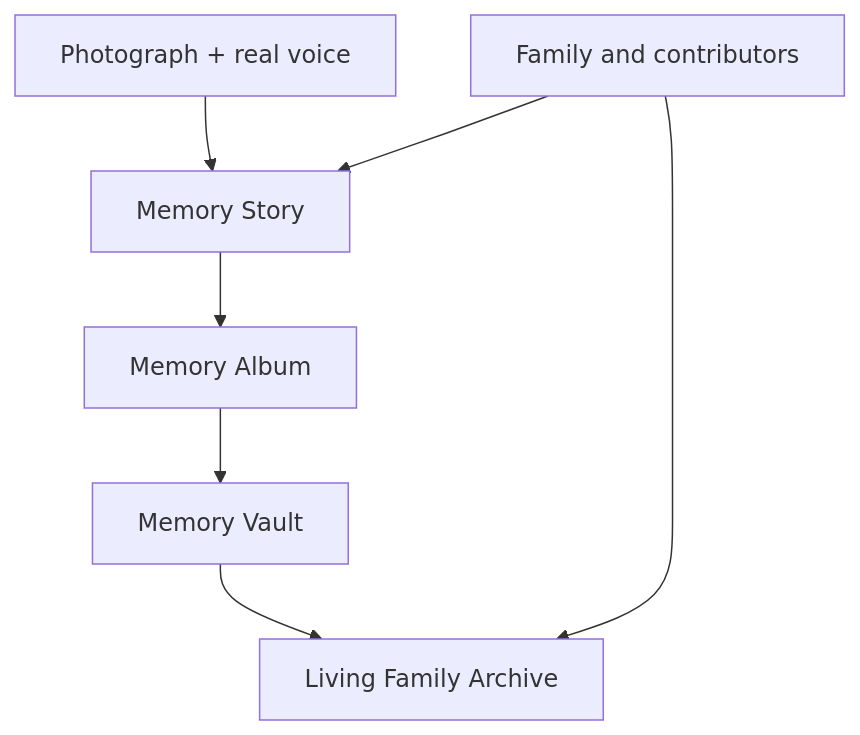
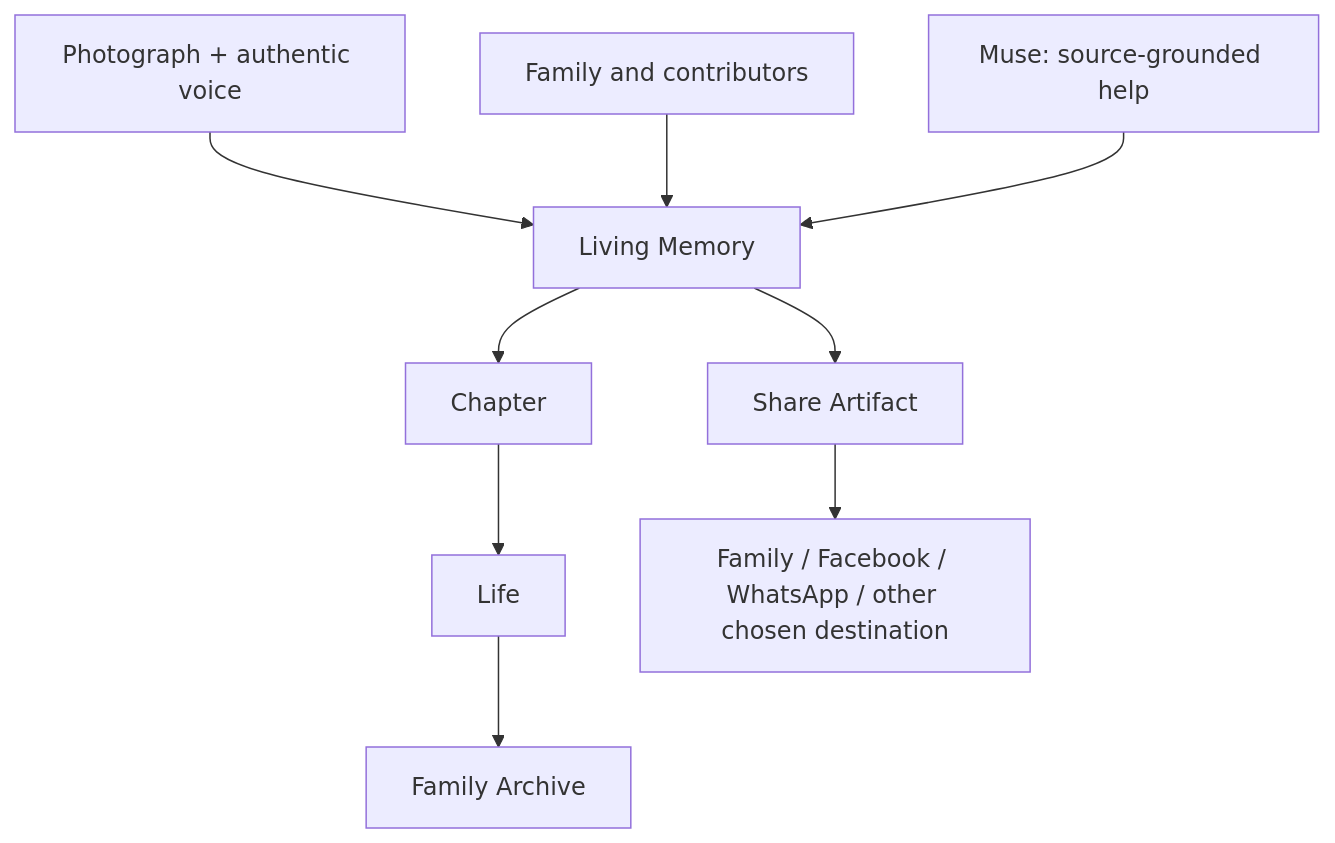
The diagram in docs/PRODUCT/CORE_EXPERIENCES.md (sanlorenzoprx/memoriesmystory), drawn with Mermaid before and after one commit. The commit also changed other lines of this file and 8 other files, not shown here.

Commit message:
Align Living Memory execution contracts

````diff
--- a/docs/PRODUCT/CORE_EXPERIENCES.md
+++ b/docs/PRODUCT/CORE_EXPERIENCES.md
@@ -19,9 +29,11 @@
 ```mermaid
 flowchart TD
-    A["Photograph + real voice"] --> B["Memory Story"]
-    B --> C["Memory Album"]
-    C --> D["Memory Vault"]
-    D --> E["Living Family Archive"]
+    A["Photograph + authentic voice"] --> B["Living Memory"]
+    B --> C["Chapter"]
+    C --> D["Life"]
+    D --> E["Family Archive"]
     F["Family and contributors"] --> B
-    F --> E
+    G["Muse: source-grounded help"] --> B
+    B --> H["Share Artifact"]
+    H --> I["Family / Facebook / WhatsApp / other chosen destination"]
 ```
````
